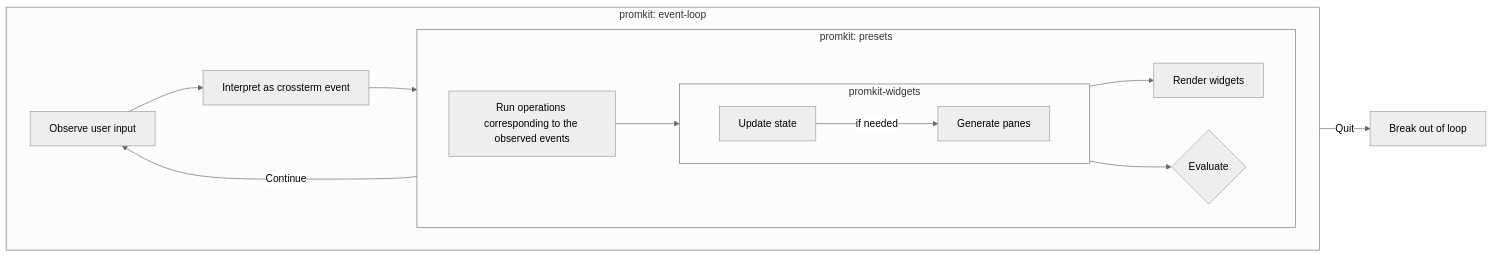
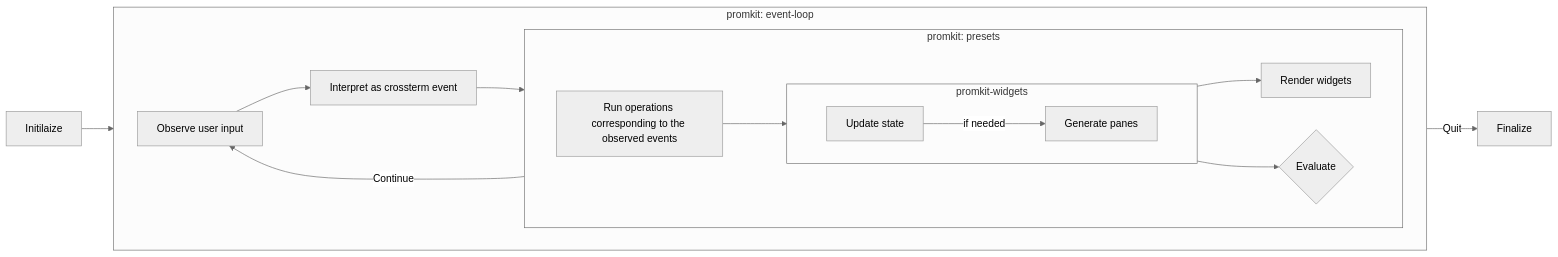
Before and after one commit to ynqa/promkit: the diagram in Concept.md, drawn with Mermaid (neutral theme). The commit also changed other lines of this file, not shown here.

Commit message:
docs: update diagram and eventhandler

````diff
--- a/Concept.md
+++ b/Concept.md
@@ -69,25 +69,26 @@
 ```mermaid
 flowchart LR
+    Initialize[Initilaize] --> A
     subgraph promkit["promkit: event-loop"]
         direction LR
         A[Observe user input] --> B
         B[Interpret as crossterm event] --> C
 
         subgraph presets["promkit: presets"]
             direction LR
             C[Run operations corresponding to the observed events] --> D[Update state]
 
             subgraph widgets["promkit-widgets"]
                 direction LR
                 D[Update state] --> |if needed| Y[Generate panes]
             end
 
             Y --> Z[Render widgets]
             D --> E{Evaluate}
         end
 
         E -->|Continue| A
     end
 
-    E -->|Quit| F[Break out of loop]
+    E -->|Quit| Finalize[Finalize]
 ```
````
